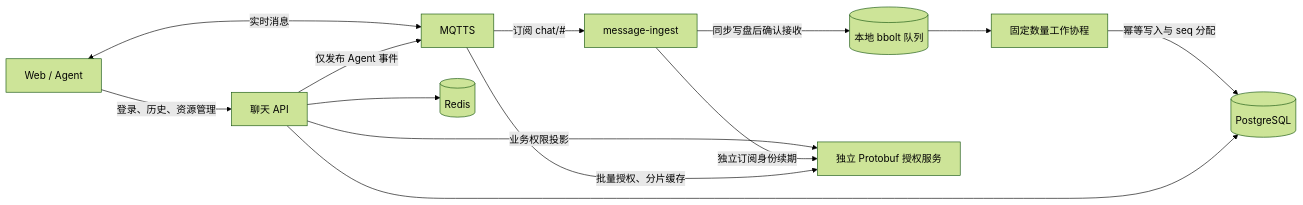
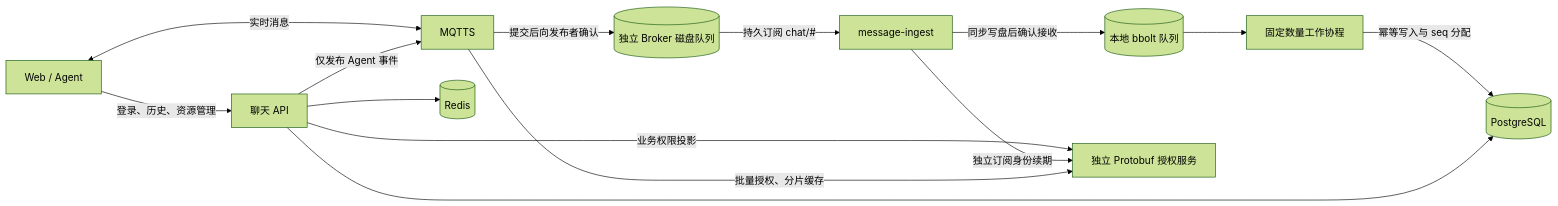
Before and after one commit to WorkClawDev/openclaw-bot-chat: the diagram in docs/MESSAGE_INGEST.md, drawn with Mermaid (forest theme). The commit also changed other lines of this file and 10 other files, not shown here.

Commit message:
Retain offline chat deliveries across consumer and broker restarts

````diff
--- a/docs/MESSAGE_INGEST.md
+++ b/docs/MESSAGE_INGEST.md
@@ -6,15 +6,16 @@
 ```mermaid
 flowchart LR
   C[Web / Agent] <-->|实时消息| B[MQTTS]
   C -->|登录、历史、资源管理| A[聊天 API]
-  B -->|订阅 chat/#| I[message-ingest]
+  B -->|提交后向发布者确认| BQ[(独立 Broker 磁盘队列)]
+  BQ -->|持久订阅 chat/#| I[message-ingest]
   I -->|同步写盘后确认接收| Q[(本地 bbolt 队列)]
   Q --> W[固定数量工作协程]
   W -->|幂等写入与 seq 分配| D[(PostgreSQL)]
   A --> D
   A --> R[(Redis)]
   A -->|仅发布 Agent 事件| B
   A -->|业务权限投影| Z[独立 Protobuf 授权服务]
   I -->|独立订阅身份续期| Z
   B -->|批量授权、分片缓存| Z
 ```
````
